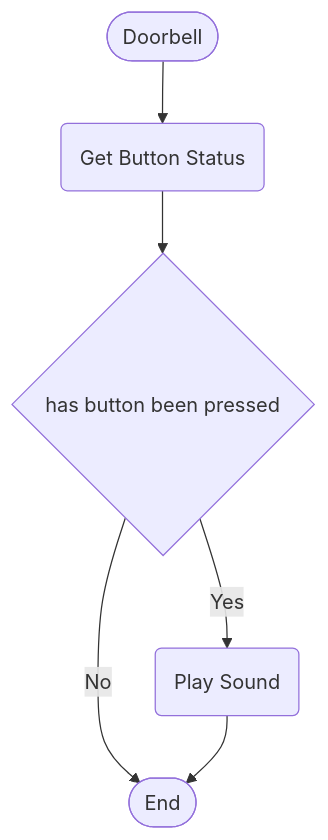
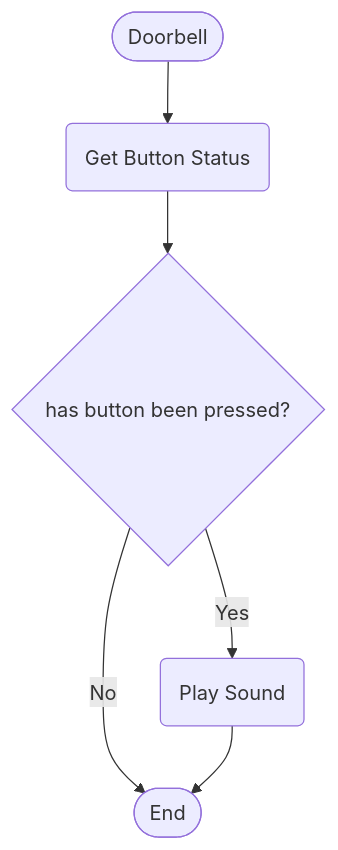
One commit to Lake-Tuggeranong-College/2023S1-Robotics-HT-SmartDevice changed the first of 4 diagrams in logic.md. Above: the diagram before and after it, drawn with Mermaid. The commit also changed other lines of this file, not shown here.

First line of the commit message:
flowchart

````diff
--- a/logic.md
+++ b/logic.md
@@ -7,16 +4,16 @@
 ```mermaid
 flowchart TD
     Start([Doorbell])
     getButtonStatus(Get Button Status)
-    checkButton{has button been pressed}
+    checkButton{has button been pressed?}
     soundDoorbell(Play Sound)
     finish([End])
    
    
    
     Start-->getButtonStatus-->checkButton
     checkButton-->|Yes| soundDoorbell
     checkButton-->|No| finish
     soundDoorbell-->finish
 
 ```
````
